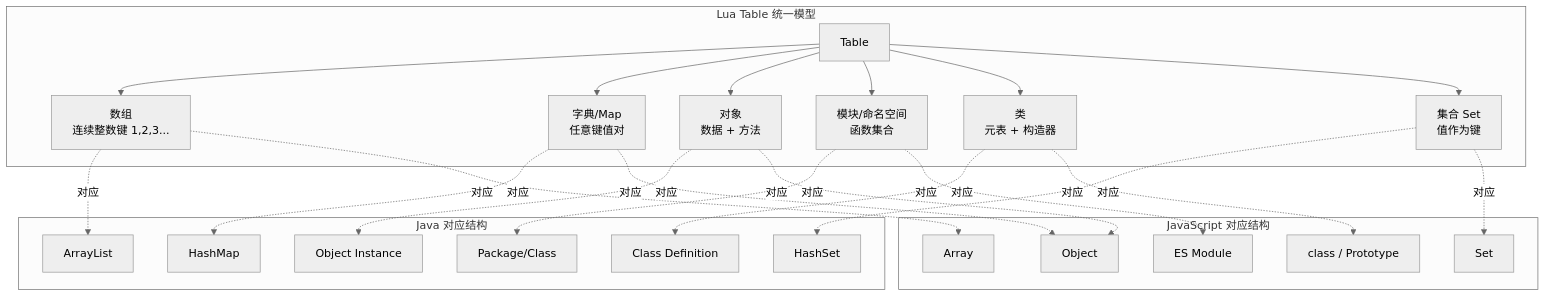
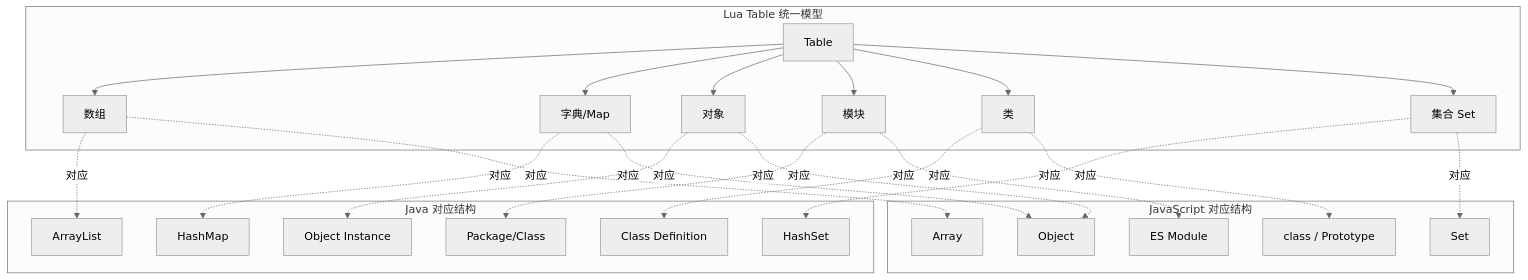
The first of 8 diagrams in Lua deep dive guide detailed.md (XbLuzk/Lua-deep-dive-guide-detailed), drawn with Mermaid (neutral theme) before and after one commit. The commit also changed other lines of this file, not shown here.

First line of the commit message:
Update Lua deep dive guide detailed.md

````diff
--- a/Lua deep dive guide detailed.md
+++ b/Lua deep dive guide detailed.md
@@ -604,42 +604,42 @@
 ```mermaid
 graph TB
-    subgraph "Lua Table 统一模型"
+    subgraph lua_table["Lua Table 统一模型"]
         T[Table]
-        T --> A["数组<br/>连续整数键 1,2,3..."]
-        T --> D["字典/Map<br/>任意键值对"]
-        T --> O["对象<br/>数据 + 方法"]
-        T --> M["模块/命名空间<br/>函数集合"]
-        T --> C["类<br/>元表 + 构造器"]
-        T --> S["集合 Set<br/>值作为键"]
+        T --> A["数组"]
+        T --> D["字典/Map"]
+        T --> O["对象"]
+        T --> M["模块"]
+        T --> C["类"]
+        T --> S["集合 Set"]
     end
     
-    subgraph "Java 对应结构"
+    subgraph java_struct["Java 对应结构"]
         JA[ArrayList]
         JM[HashMap]
         JO[Object Instance]
         JP[Package/Class]
         JC[Class Definition]
         JS[HashSet]
     end
     
-    subgraph "JavaScript 对应结构"
+    subgraph js_struct["JavaScript 对应结构"]
         JSA[Array]
         JSO[Object]
         JSC[class / Prototype]
         JSM[ES Module]
         JSS[Set]
     end
     
     A -.->|对应| JA
     A -.->|对应| JSA
     D -.->|对应| JM
     D -.->|对应| JSO
     O -.->|对应| JO
     O -.->|对应| JSO
     M -.->|对应| JP
     M -.->|对应| JSM
     C -.->|对应| JC
     C -.->|对应| JSC
     S -.->|对应| JS
     S -.->|对应| JSS
 ```
````
